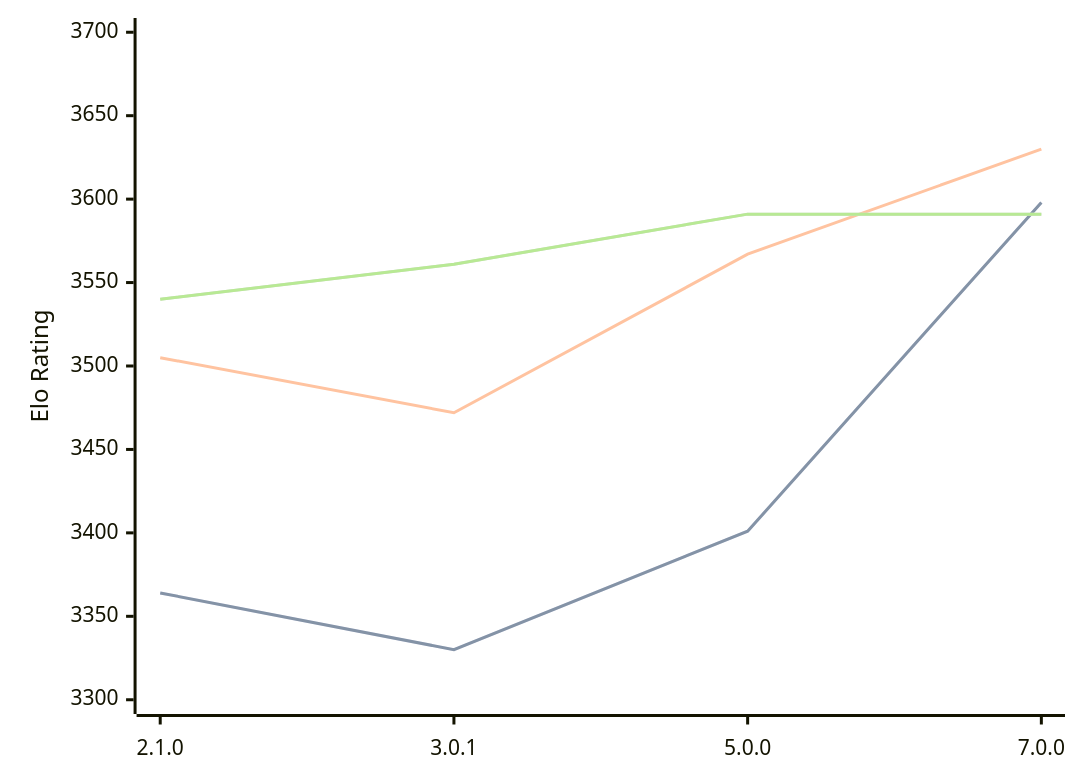
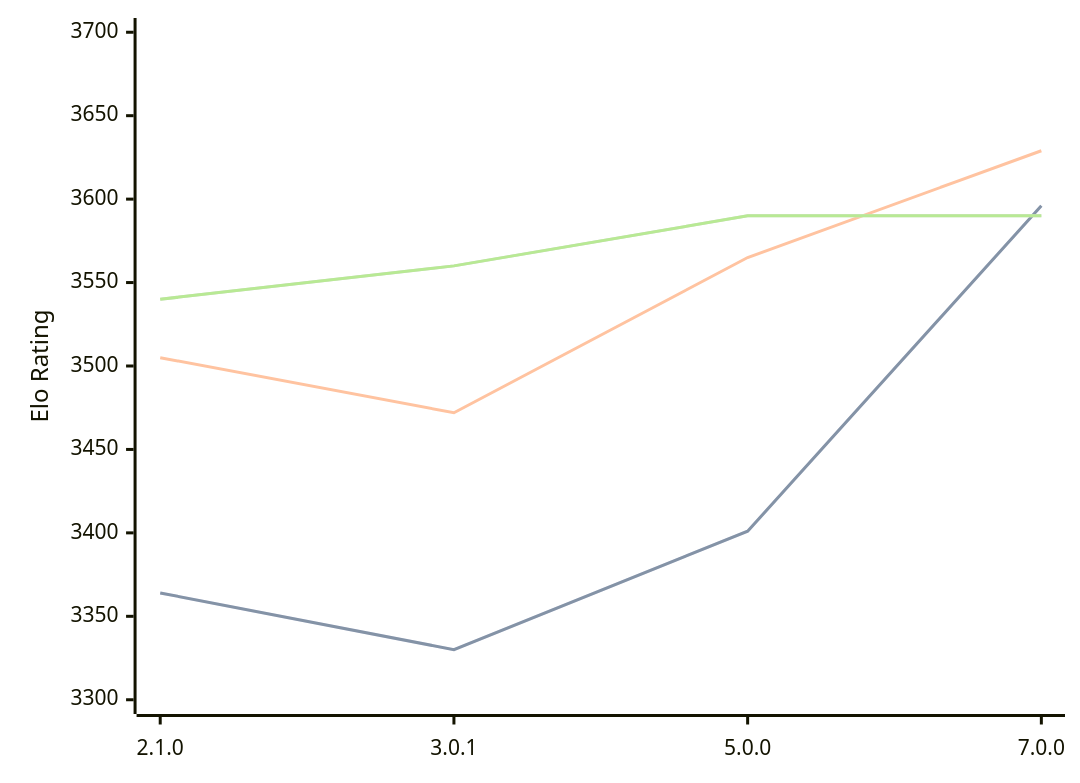
One commit to computer-chess-index/cci changed the diagram in engines/PlentyChess.md. Above: the diagram before and after it, drawn with Mermaid. The commit also changed other lines of this file, not shown here.

Commit message:
Update CCI Ratings (ELO VLTC) - 2026-03-11

````diff
--- a/engines/PlentyChess.md
+++ b/engines/PlentyChess.md
@@ -43,11 +43,11 @@
 ```mermaid
 %%{init: {"theme":"base","themeVariables":{"seriesColors:['#a3a3a3','#222221','#faa371']}}}%%
 xychart-beta
   x-axis ["2.1.0", "3.0.1", "5.0.0", "7.0.0"]
   y-axis "Elo Rating" 3300 --> 3700
-  line "STC (8.0+0.08s)" [3364, 3330, 3401, 3598]
-  line "STC (8.0+0.08s)" [3364, 3330, 3401, 3598]
-  line "LTC (60.0+0.60s)" [3505, 3472, 3567, 3630]
-  line "VLTC (2m24s+1.12s)" [3540, 3561, 3591, 3591]
-  line "VLTC (2m24s+1.12s)" [3540, 3561, 3591, 3591]
+  line "STC (8.0+0.08s)" [3364, 3330, 3401, 3596]
+  line "STC (8.0+0.08s)" [3364, 3330, 3401, 3596]
+  line "LTC (60.0+0.60s)" [3505, 3472, 3565, 3629]
+  line "VLTC (2m24s+1.12s)" [3540, 3560, 3590, 3590]
+  line "VLTC (2m24s+1.12s)" [3540, 3560, 3590, 3590]
 ```
````
